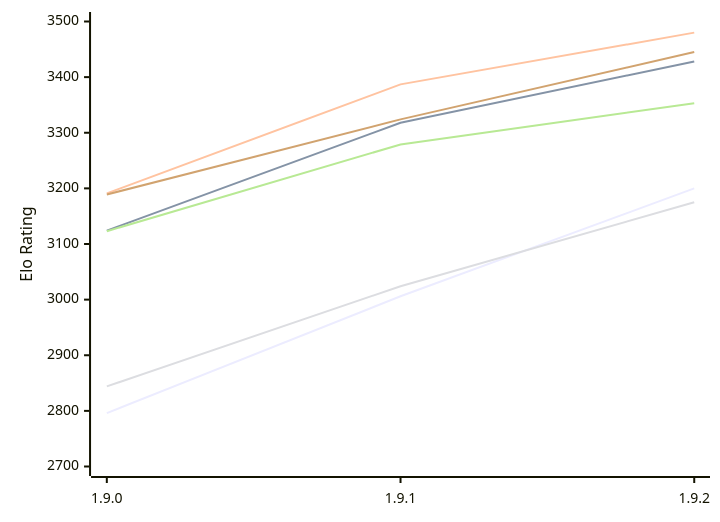
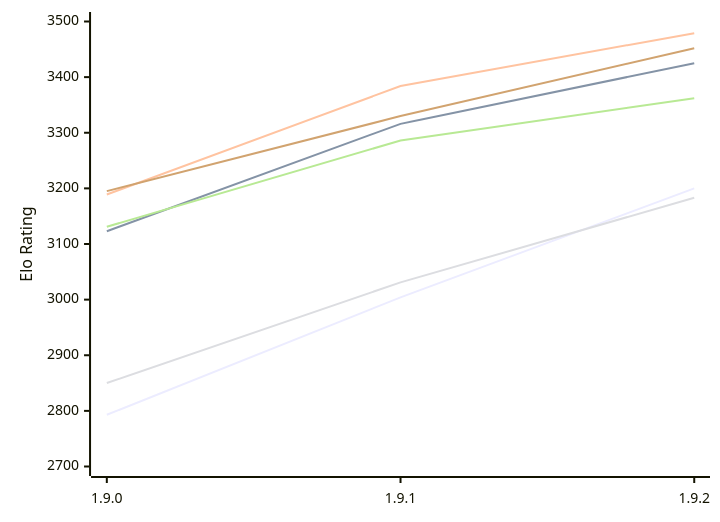
One commit to computer-chess-index/cci changed the diagram in engines/Superpawn.md. Above: the diagram before and after it, drawn with Mermaid. The commit also changed other lines of this file, not shown here.

Commit message:
Update CCI Ratings (ELO VLTC) - 2026-11-23

````diff
--- a/engines/Superpawn.md
+++ b/engines/Superpawn.md
@@ -51,12 +51,12 @@
 ```mermaid
 %%{init: {"theme":"base","themeVariables":{"seriesColors:['#a3a3a3','#222221','#faa371']}}}%%
 xychart-beta
   x-axis ["1.9.0", "1.9.1", "1.9.2"]
   y-axis "Elo Rating" 2700 --> 3500
-  line "E1: STC (8.0+0.08s)" [2796, 3006, 3200]
-  line "E1: LTC (60.0+0.60s)" [3124, 3318, 3428]
-  line "E1: VLTC (2m24s+1.12s)" [3191, 3387, 3480]
-  line "P1: STC (8.0+0.08s)" [2844, 3024, 3175]
-  line "P1: LTC (60.0+0.60s)" [3123, 3279, 3353]
-  line "P1: VLTC (2m24s+1.12s)" [3189, 3324, 3445]
+  line "E1: STC (8.0+0.08s)" [2793, 3004, 3200]
+  line "E1: LTC (60.0+0.60s)" [3123, 3316, 3425]
+  line "E1: VLTC (2m24s+1.12s)" [3189, 3384, 3479]
+  line "P1: STC (8.0+0.08s)" [2850, 3031, 3183]
+  line "P1: LTC (60.0+0.60s)" [3131, 3286, 3362]
+  line "P1: VLTC (2m24s+1.12s)" [3195, 3330, 3452]
 ```
````
